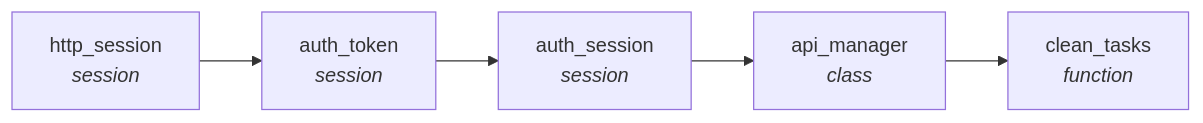
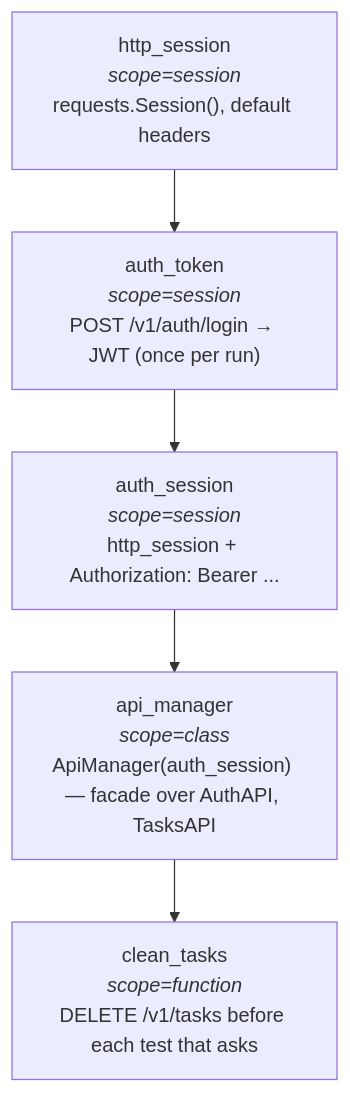
The second of 2 diagrams in README.md (nightmarovvv/qa-automation-portfolio), drawn with Mermaid before and after one commit. The commit also changed other lines of this file, not shown here.

````diff
--- a/README.md
+++ b/README.md
@@ -218,9 +193,9 @@
 ```mermaid
-flowchart LR
-    A["http_session<br/><i>session</i>"]
-    B["auth_token<br/><i>session</i>"]
-    C["auth_session<br/><i>session</i>"]
-    D["api_manager<br/><i>class</i>"]
-    E["clean_tasks<br/><i>function</i>"]
+flowchart TB
+    A["http_session<br/><i>scope=session</i><br/>requests.Session(), default headers"]
+    B["auth_token<br/><i>scope=session</i><br/>POST /v1/auth/login → JWT (once per run)"]
+    C["auth_session<br/><i>scope=session</i><br/>http_session + Authorization: Bearer ..."]
+    D["api_manager<br/><i>scope=class</i><br/>ApiManager(auth_session) — facade over AuthAPI, TasksAPI"]
+    E["clean_tasks<br/><i>scope=function</i><br/>DELETE /v1/tasks before each test that asks"]
     A --> B --> C --> D --> E
 ```
````
